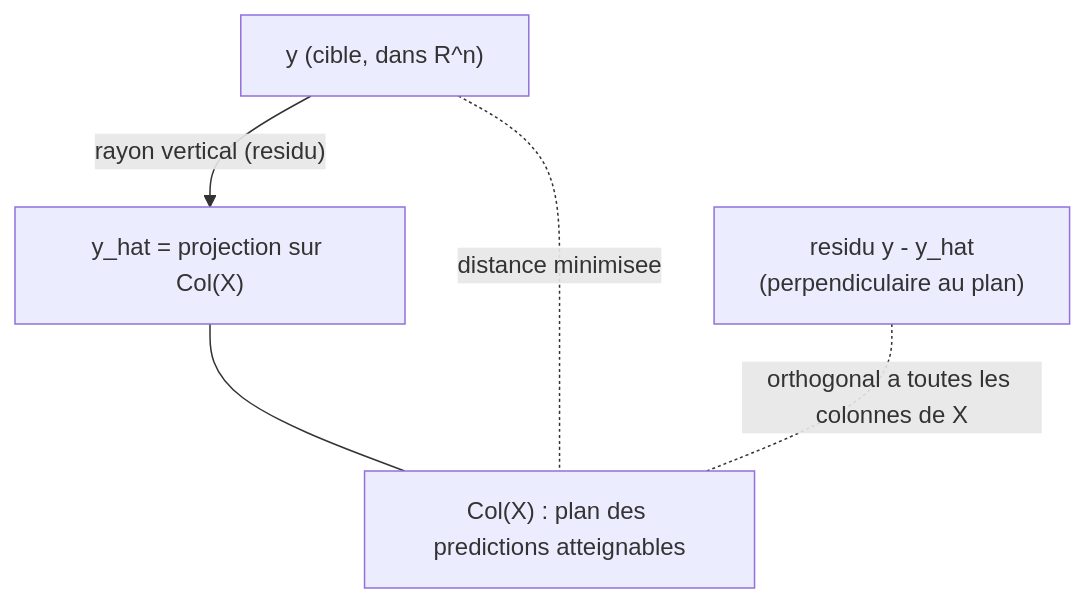
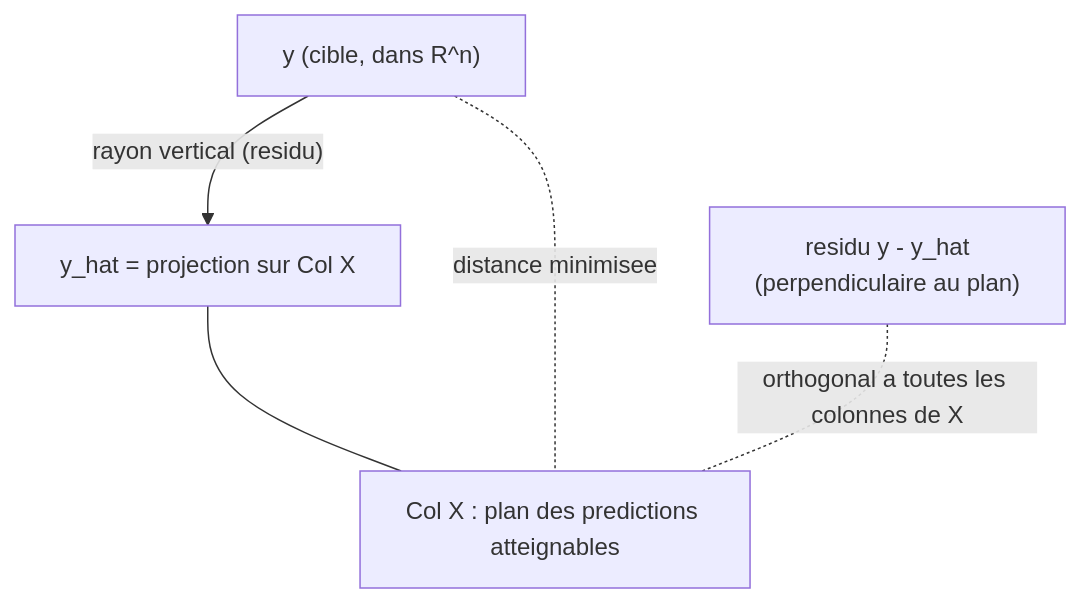
Before and after one commit to tanguychenier/Mathematiques-pour-le-Machine-Learning: the third of 4 diagrams in chapitres/09-regression-lineaire.md, drawn with Mermaid. The commit also changed other lines of this file and 6 other files, not shown here.

Commit message:
fix: repair Mermaid diagrams (drop function-call parens and asterisks from labels)

````diff
--- a/chapitres/09-regression-lineaire.md
+++ b/chapitres/09-regression-lineaire.md
@@ -599,11 +599,11 @@
 ```mermaid
 flowchart TB
     Y["y (cible, dans R^n)"]
-    Yhat["y_hat = projection sur Col(X)"]
+    Yhat["y_hat = projection sur Col X"]
     R["residu y - y_hat<br/>(perpendiculaire au plan)"]
-    Plane["Col(X) : plan des predictions atteignables"]
+    Plane["Col X : plan des predictions atteignables"]
     Y -- "rayon vertical (residu)" --> Yhat
     Yhat --- Plane
     Y -. "distance minimisee" .- Plane
     R -. "orthogonal a toutes les colonnes de X" .- Plane
 ```
````
